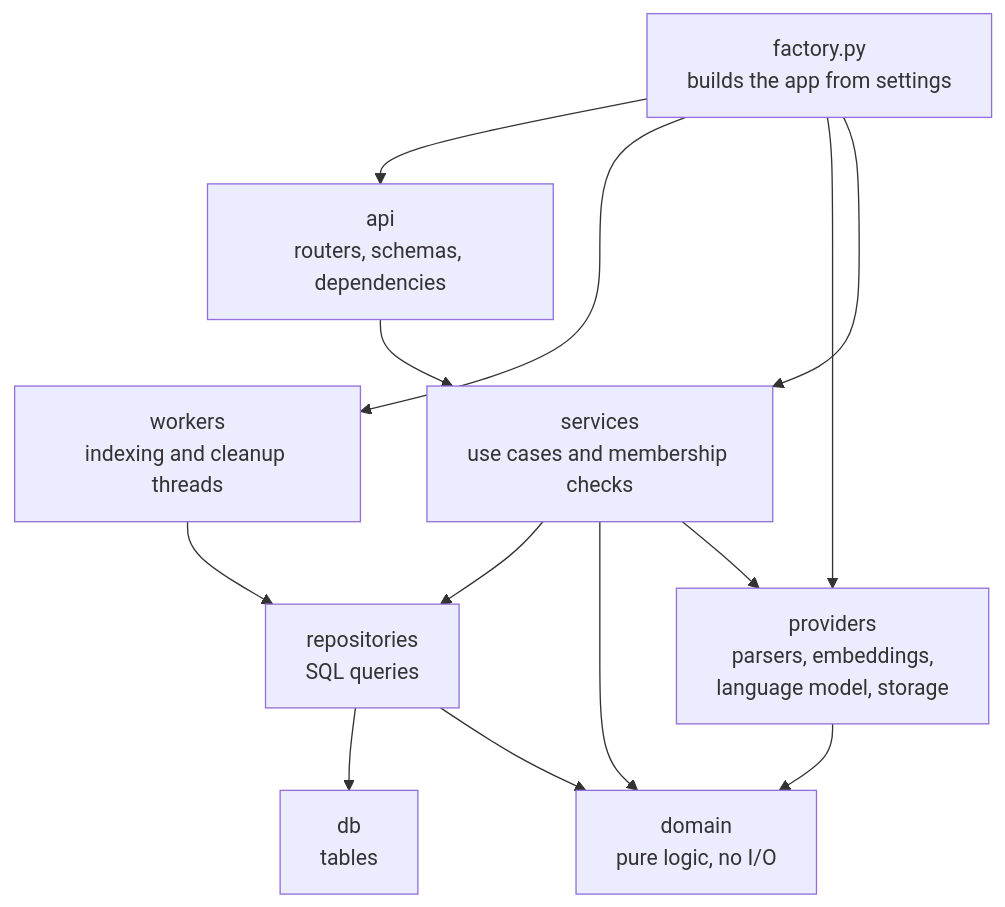
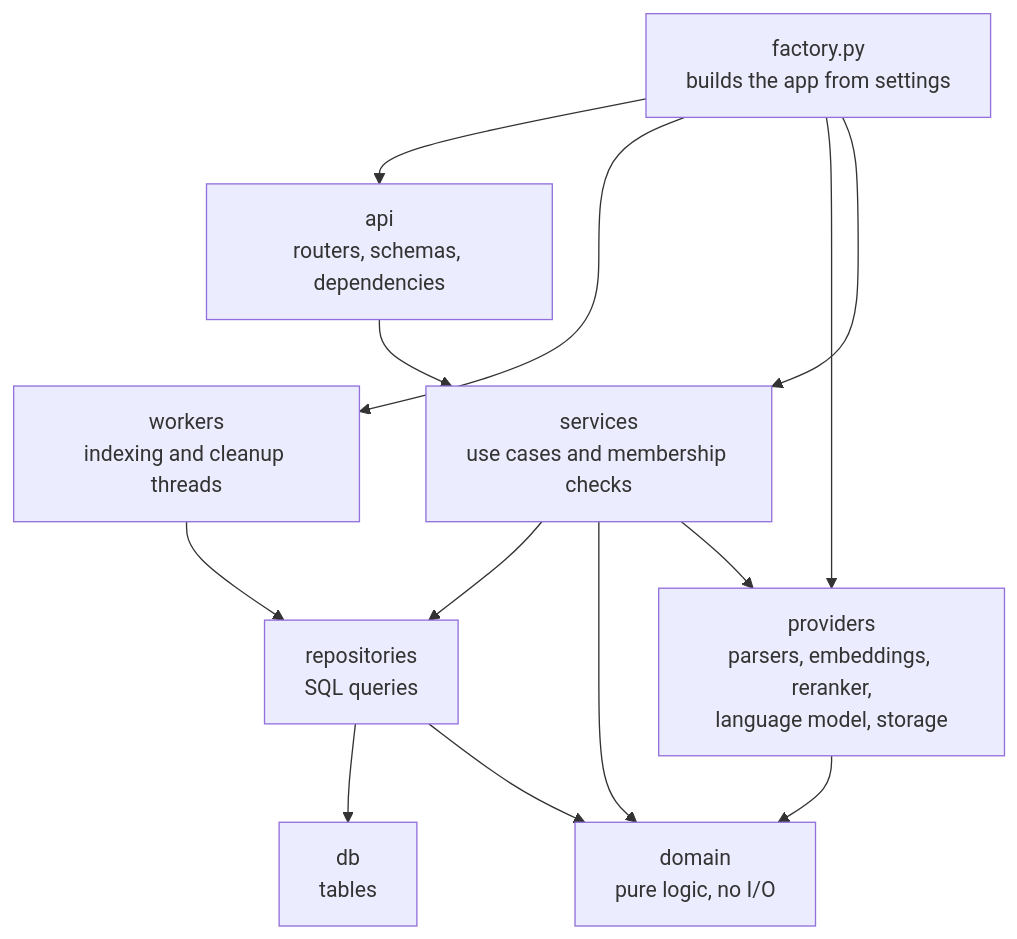
One commit to tatpudiarvind/evidence-backed-knowledge-assistant changed the second of 5 diagrams in docs/architecture/README.md. Above: the diagram before and after it, drawn with Mermaid. The commit also changed other lines of this file and 19 other files, not shown here.

````diff
--- a/docs/architecture/README.md
+++ b/docs/architecture/README.md
@@ -58,23 +58,23 @@
 ```mermaid
 flowchart TD
     Factory["factory.py<br/>builds the app from settings"]
     API["api<br/>routers, schemas, dependencies"]
     Services["services<br/>use cases and membership checks"]
     Repos["repositories<br/>SQL queries"]
     Domain["domain<br/>pure logic, no I/O"]
-    Providers["providers<br/>parsers, embeddings,<br/>language model, storage"]
+    Providers["providers<br/>parsers, embeddings, reranker,<br/>language model, storage"]
     Workers["workers<br/>indexing and cleanup threads"]
     Tables["db<br/>tables"]
     Factory --> API
     Factory --> Workers
     Factory --> Providers
     Factory --> Services
     API --> Services
     Services --> Repos
     Services --> Domain
     Services --> Providers
     Repos --> Tables
     Repos --> Domain
     Providers --> Domain
     Workers --> Repos
 ```
````
